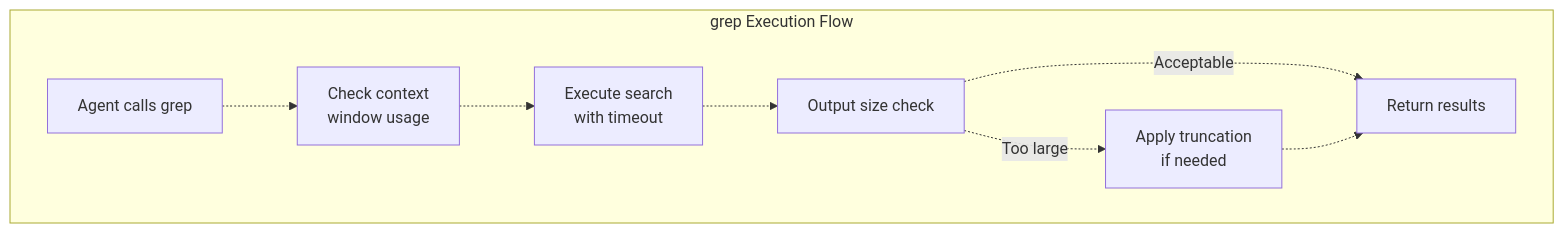
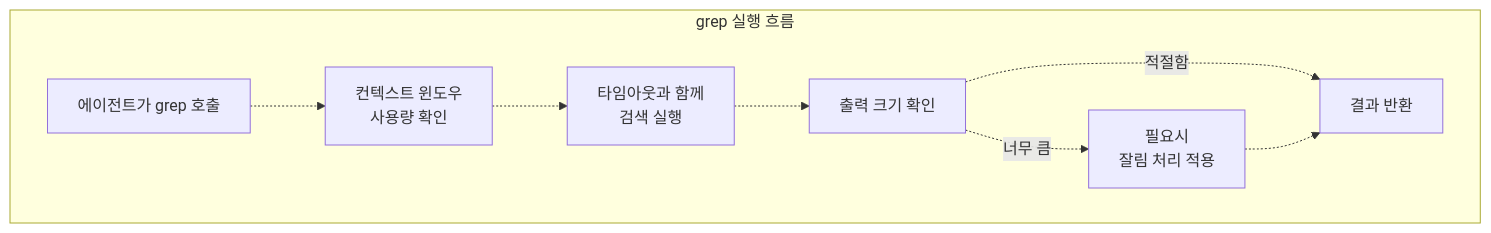
The second of 7 diagrams in docs/tools/lsp-tools.md (felipetruman/oh-my-opencode-docs), drawn with Mermaid before and after one commit. The commit also changed other lines of this file and 76 other files, not shown here.

````diff
--- a/docs/tools/lsp-tools.md
+++ b/docs/tools/lsp-tools.md
@@ -112,25 +112,25 @@
 ```mermaid
 flowchart TD
 
-Start["Agent calls grep"]
-CheckContext["Check context<br>window usage"]
-Execute["Execute search<br>with timeout"]
-CheckOutput["Output size check"]
-Truncate["Apply truncation<br>if needed"]
-Return["Return results"]
+Start["에이전트가 grep 호출"]
+CheckContext["컨텍스트 윈도우<br>사용량 확인"]
+Execute["타임아웃과 함께<br>검색 실행"]
+CheckOutput["출력 크기 확인"]
+Truncate["필요시<br>잘림 처리 적용"]
+Return["결과 반환"]
 
-subgraph subGraph0 ["grep Execution Flow"]
+subgraph subGraph0 ["grep 실행 흐름"]
     Start
     CheckContext
     Execute
     CheckOutput
     Truncate
     Return
     Start -.-> CheckContext
     CheckContext -.-> Execute
     Execute -.-> CheckOutput
-    CheckOutput -.->|"Too large"| Truncate
-    CheckOutput -.->|"Acceptable"| Return
+    CheckOutput -.->|"너무 큼"| Truncate
+    CheckOutput -.->|"적절함"| Return
     Truncate -.-> Return
 end
 ```
````
